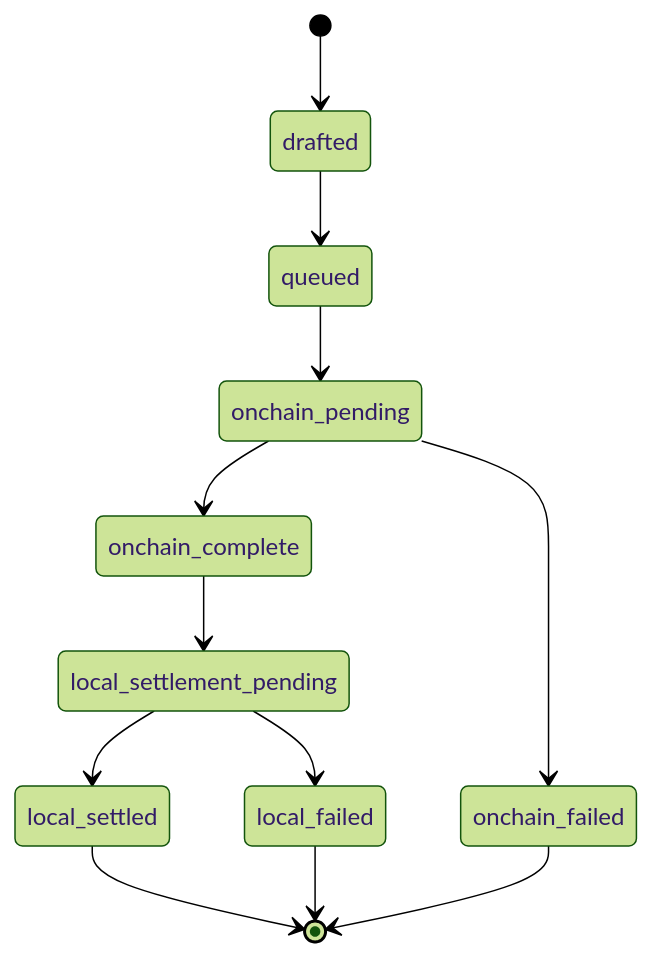
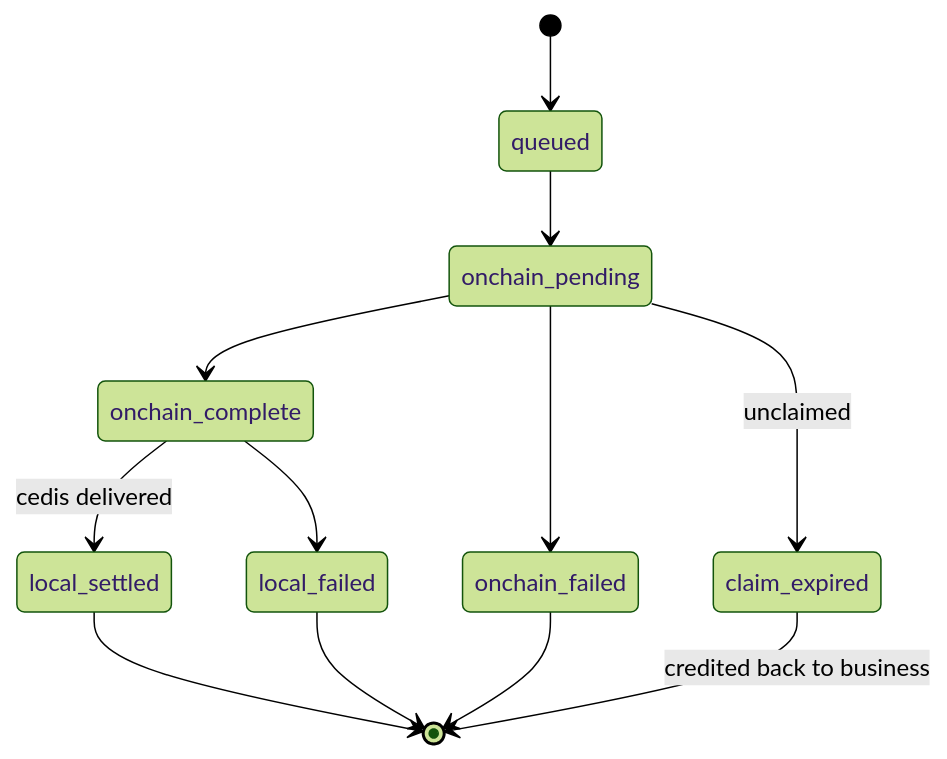
Before and after one commit to fiatsend/techical-achitecture: the seventh of 7 diagrams in Fiatsend-Technical-Architecture-SCF43-Integration.md, drawn with Mermaid (forest theme). The commit also changed other lines of this file, not shown here.

First line of the commit message:
Update the SCF43 architecture to what is built and live

````diff
--- a/Fiatsend-Technical-Architecture-SCF43-Integration.md
+++ b/Fiatsend-Technical-Architecture-SCF43-Integration.md
@@ -1083,14 +420,14 @@
 ```mermaid
 stateDiagram-v2
-    [*] --> drafted
-    drafted --> queued
+    [*] --> queued
     queued --> onchain_pending
     onchain_pending --> onchain_complete
     onchain_pending --> onchain_failed
-    onchain_complete --> local_settlement_pending
-    local_settlement_pending --> local_settled
-    local_settlement_pending --> local_failed
+    onchain_pending --> claim_expired : unclaimed
+    onchain_complete --> local_settled : cedis delivered
+    onchain_complete --> local_failed
+    claim_expired --> [*] : credited back to business
     local_settled --> [*]
     onchain_failed --> [*]
     local_failed --> [*]
 ```
````
